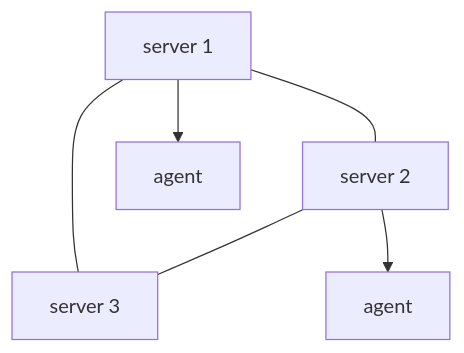
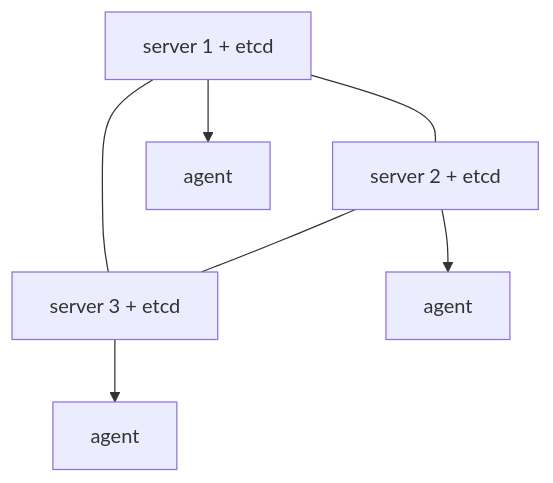
One commit to VictorRoshchin/Proxmox-k3s-cluster changed the fourth of 5 diagrams in docs/k3s/architecture.md. Above: the diagram before and after it, drawn with Mermaid. The commit also changed other lines of this file and 9 other files, not shown here.

````diff
--- a/docs/k3s/architecture.md
+++ b/docs/k3s/architecture.md
@@ -113,8 +336,9 @@
 ```mermaid
 graph TD
-    S1[server 1] --- S2[server 2]
-    S2 --- S3[server 3]
+    S1[server 1 + etcd] --- S2[server 2 + etcd]
+    S2 --- S3[server 3 + etcd]
     S1 --- S3
     S1 --> A1[agent]
     S2 --> A2[agent]
+    S3 --> A3[agent]
 ```
````
